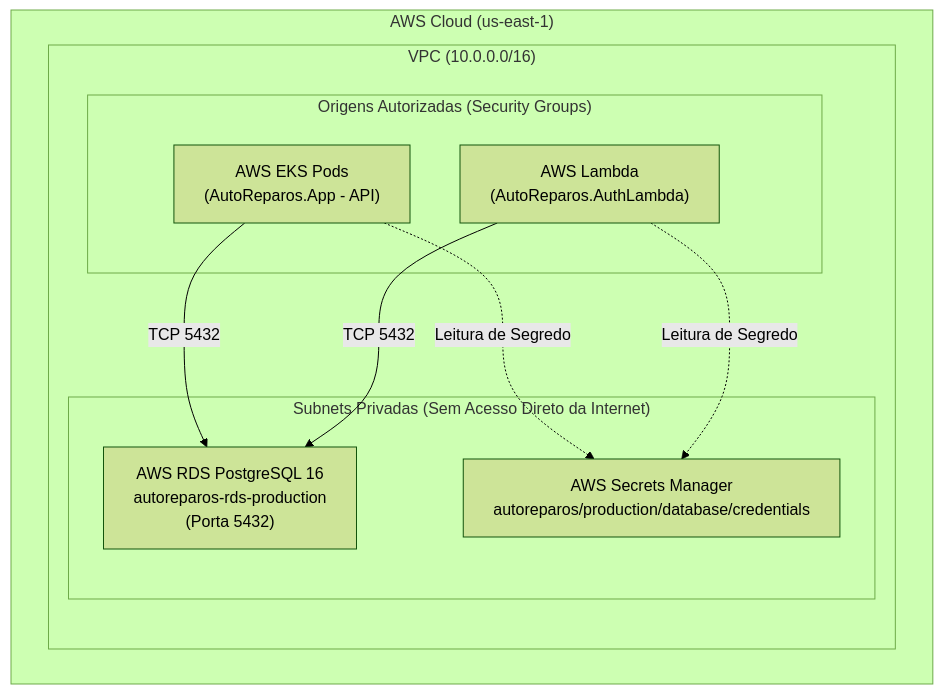
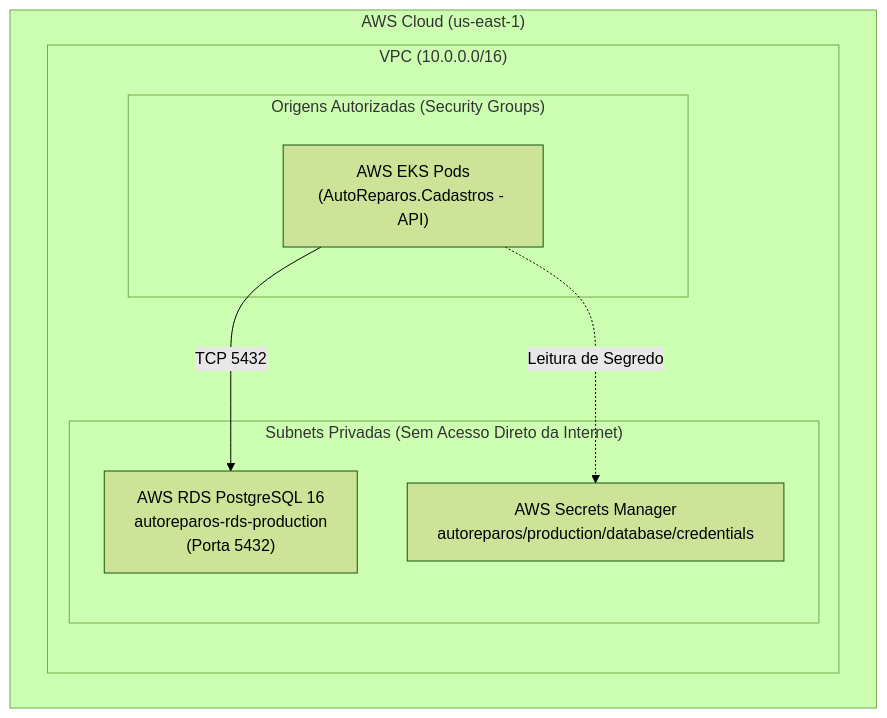
Before and after one commit to Grupo78-PosTech-15SOAT/AutoReparos.Infra.Database: the diagram in README.md, drawn with Mermaid (forest theme). The commit also changed other lines of this file and 4 other files, not shown here.

Commit message:
🔒 libera o rds somente ao security group do eks

````diff
--- a/README.md
+++ b/README.md
@@ -28,21 +28,18 @@
 ```mermaid
 flowchart TD
     subgraph AWS["AWS Cloud (us-east-1)"]
         subgraph VPC["VPC (10.0.0.0/16)"]
             subgraph PrivSubnets["Subnets Privadas (Sem Acesso Direto da Internet)"]
                 RDS["AWS RDS PostgreSQL 16<br/>autoreparos-rds-production<br/>(Porta 5432)"]
                 SM["AWS Secrets Manager<br/>autoreparos/production/database/credentials"]
             end
 
             subgraph EKSSG["Origens Autorizadas (Security Groups)"]
-                EKS["AWS EKS Pods<br/>(AutoReparos.App - API)"]
-                Lambda["AWS Lambda<br/>(AutoReparos.AuthLambda)"]
+                EKS["AWS EKS Pods<br/>(AutoReparos.Cadastros - API)"]
             end
 
             EKS -->|TCP 5432| RDS
-            Lambda -->|TCP 5432| RDS
             EKS -.->|Leitura de Segredo| SM
-            Lambda -.->|Leitura de Segredo| SM
         end
     end
 ```
````
